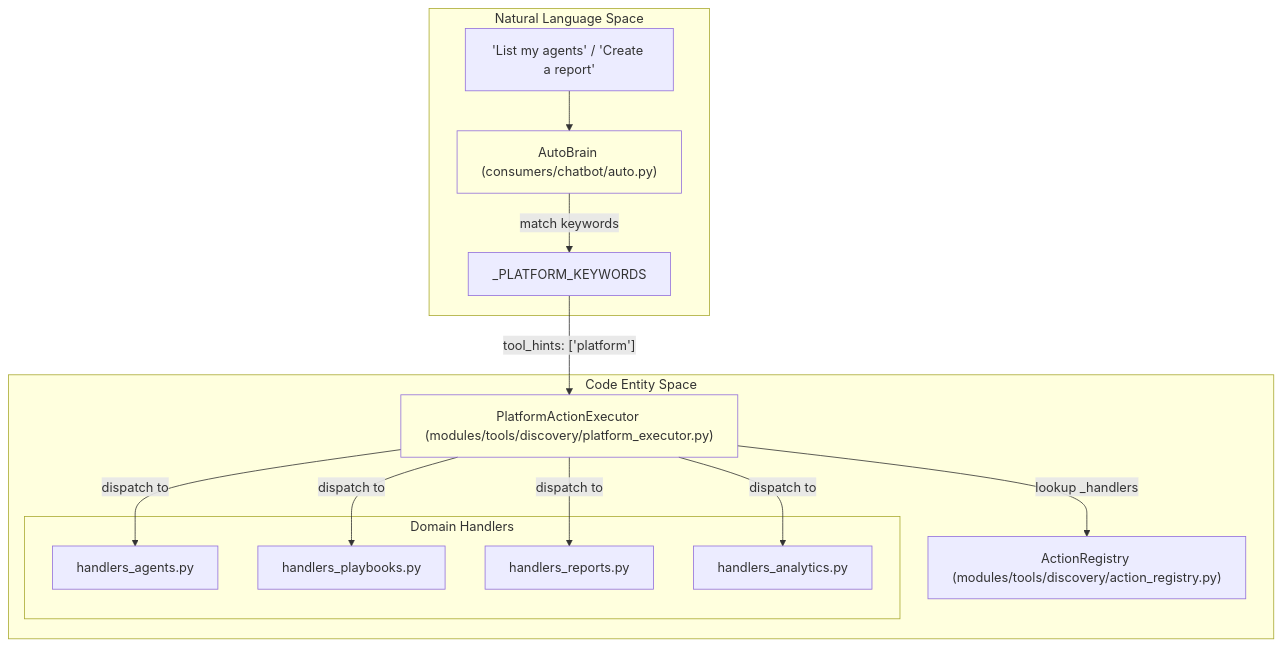
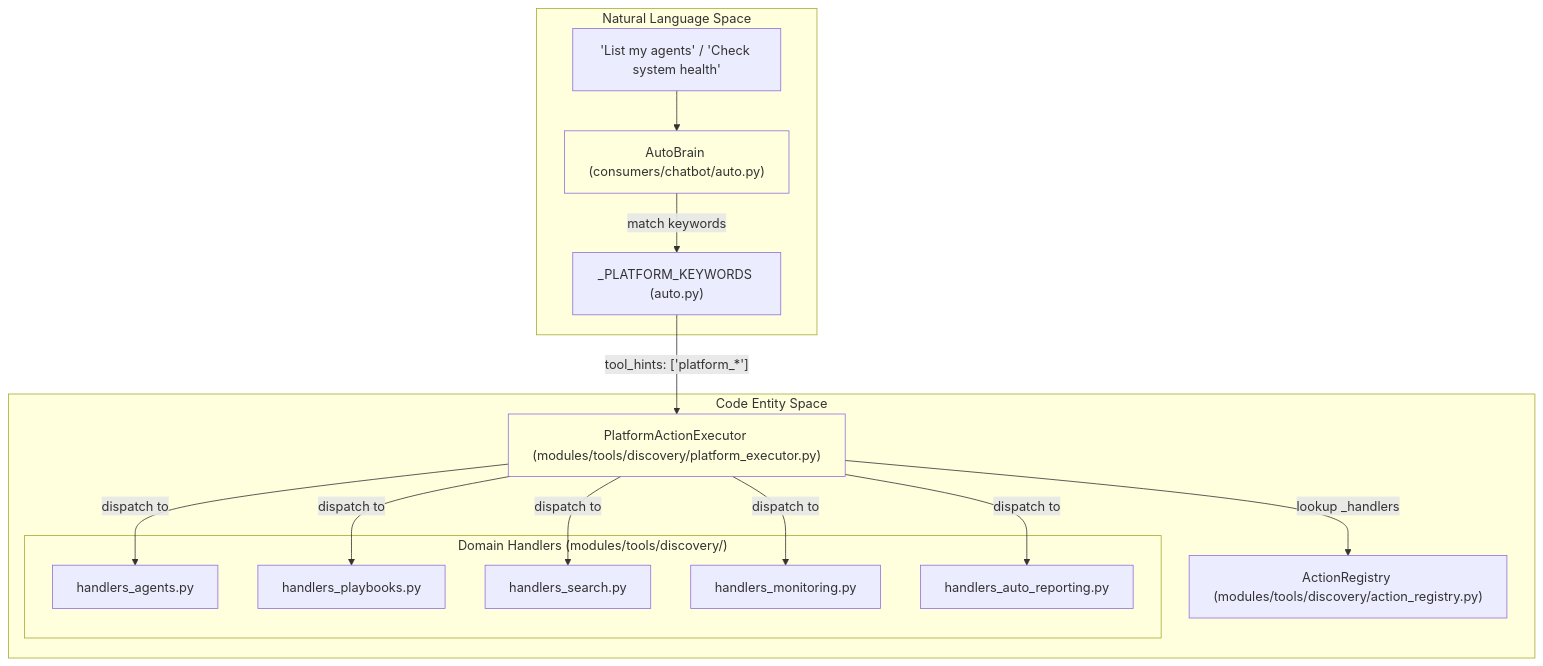
The first of 2 diagrams in docs/platform-actions/_index.md (AutomatosAI/automatos-ai), drawn with Mermaid before and after one commit. The commit also changed other lines of this file and 153 other files, not shown here.

````diff
--- a/docs/platform-actions/_index.md
+++ b/docs/platform-actions/_index.md
@@ -62,33 +41,35 @@
 ```mermaid
 graph TB
     subgraph "Natural Language Space"
-        UserQuery["'List my agents' / 'Create a report'"]
+        UserQuery["'List my agents' / 'Check system health'"]
         AutoBrain["AutoBrain (consumers/chatbot/auto.py)"]
-        Keywords["_PLATFORM_KEYWORDS"]
+        Keywords["_PLATFORM_KEYWORDS (auto.py)"]
     end
     
     subgraph "Code Entity Space"
         Executor["PlatformActionExecutor (modules/tools/discovery/platform_executor.py)"]
         Registry["ActionRegistry (modules/tools/discovery/action_registry.py)"]
         
-        subgraph "Domain Handlers"
+        subgraph "Domain Handlers (modules/tools/discovery/)"
             AgentH["handlers_agents.py"]
             RecipeH["handlers_playbooks.py"]
-            ReportH["handlers_reports.py"]
-            AnalyticsH["handlers_analytics.py"]
+            SearchH["handlers_search.py"]
+            MonitorH["handlers_monitoring.py"]
+            ReportH["handlers_auto_reporting.py"]
         end
     end
     
     UserQuery --> AutoBrain
     AutoBrain -->|"match keywords"| Keywords
-    Keywords -->|"tool_hints: ['platform']"| Executor
+    Keywords -->|"tool_hints: ['platform_*']"| Executor
     
     Executor -->|"lookup _handlers"| Registry
     Executor -->|"dispatch to"| AgentH
     Executor -->|"dispatch to"| RecipeH
+    Executor -->|"dispatch to"| SearchH
+    Executor -->|"dispatch to"| MonitorH
     Executor -->|"dispatch to"| ReportH
-    Executor -->|"dispatch to"| AnalyticsH
 
     style AutoBrain fill:none
     style Executor fill:none
 ```
````
